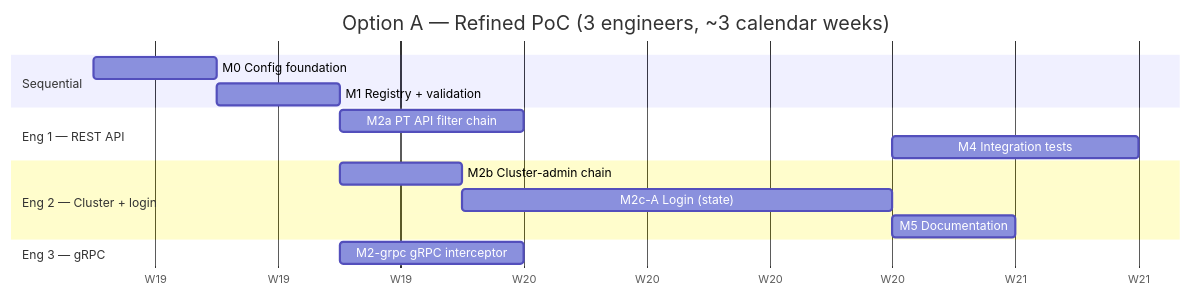
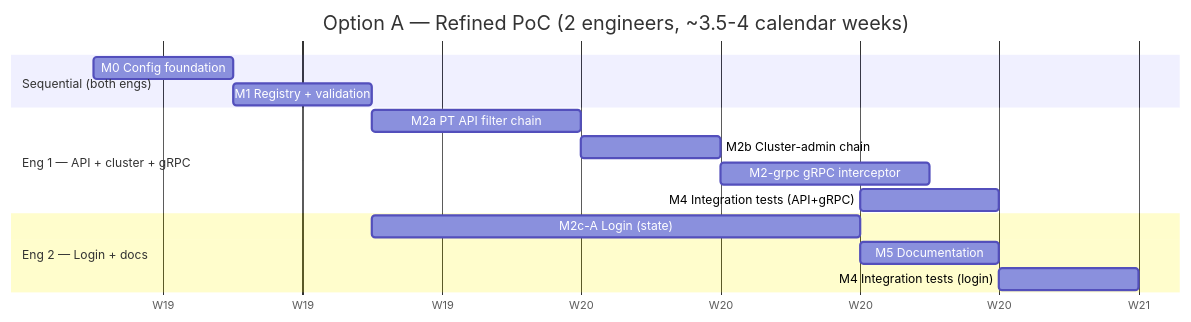
One commit to camunda/camunda changed the sixth of 7 diagrams in docs/monorepo-docs/architecture/components/identity/physical-tenants-identity-plan.md. Above: the diagram before and after it, drawn with Mermaid. The commit also changed other lines of this file, not shown here.

First line of the commit message:
docs: rebalance §14 estimations for 2 engineers; clean up stale references

````diff
--- a/docs/monorepo-docs/architecture/components/identity/physical-tenants-identity-plan.md
+++ b/docs/monorepo-docs/architecture/components/identity/physical-tenants-identity-plan.md
@@ -1251,18 +1263,18 @@
 ```mermaid
 gantt
-    title Option A — Refined PoC (3 engineers, ~3 calendar weeks)
+    title Option A — Refined PoC (2 engineers, ~3.5-4 calendar weeks)
     dateFormat  YYYY-MM-DD
     axisFormat  W%V
-    section Sequential
+    section Sequential (both engs)
     M0 Config foundation        :m0a, 2026-05-04, 2d
     M1 Registry + validation    :m1a, after m0a, 2d
-    section Eng 1 — REST API
+    section Eng 1 — API + cluster + gRPC
     M2a PT API filter chain     :m2aa, after m1a, 3d
-    M4 Integration tests        :m4a, after m2cA, 4d
-    section Eng 2 — Cluster + login
-    M2b Cluster-admin chain     :m2ba, after m1a, 2d
-    M2c-A Login (state)         :m2cA, after m2ba, 7d
+    M2b Cluster-admin chain     :m2ba, after m2aa, 2d
+    M2-grpc gRPC interceptor    :m2ga, after m2ba, 3d
+    M4 Integration tests (API+gRPC) :m4a1, after m2cA, 2d
+    section Eng 2 — Login + docs
+    M2c-A Login (state)         :m2cA, after m1a, 7d
     M5 Documentation            :m5a, after m2cA, 2d
-    section Eng 3 — gRPC
-    M2-grpc gRPC interceptor    :m2g_a, after m1a, 3d
+    M4 Integration tests (login) :m4a2, after m5a, 2d
 ```
````
